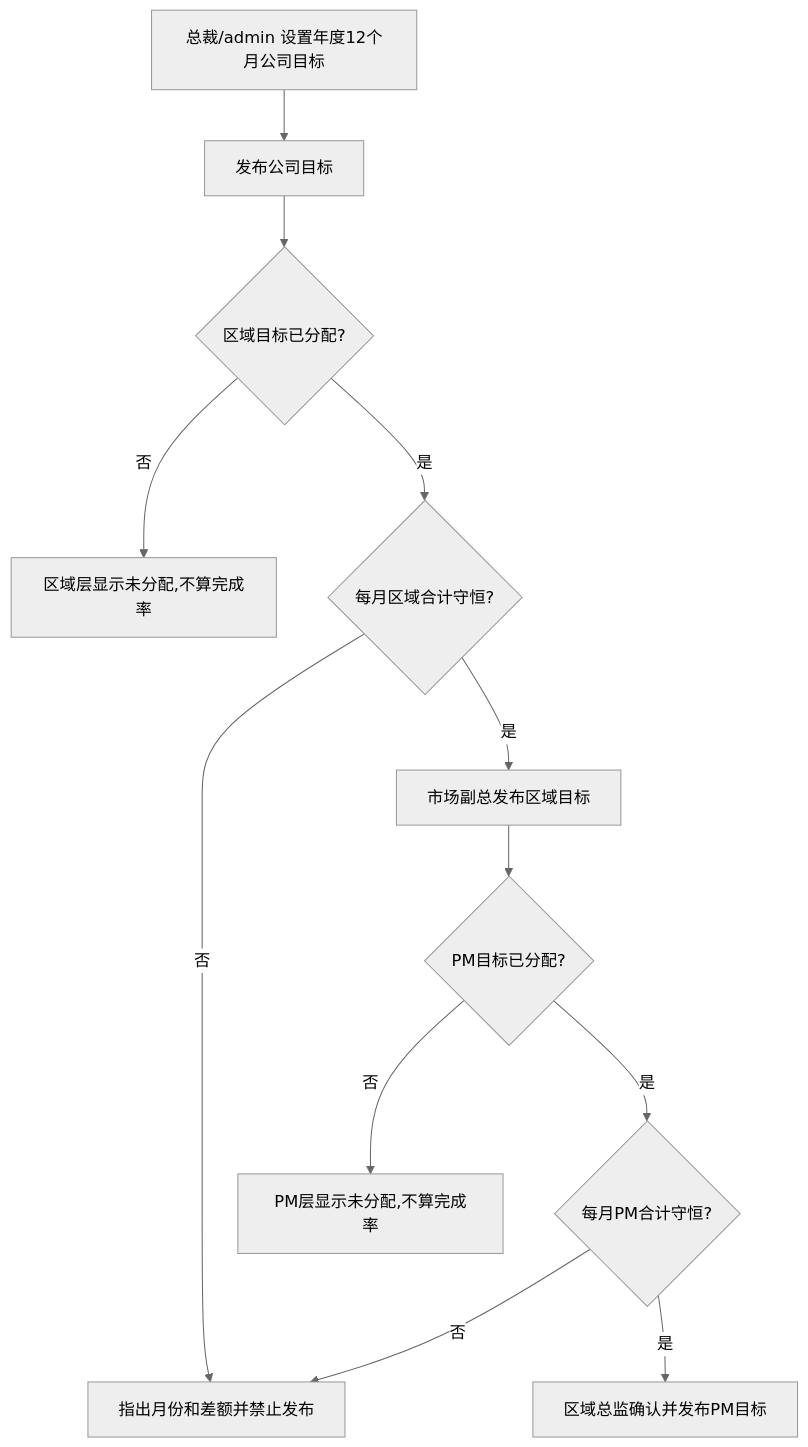
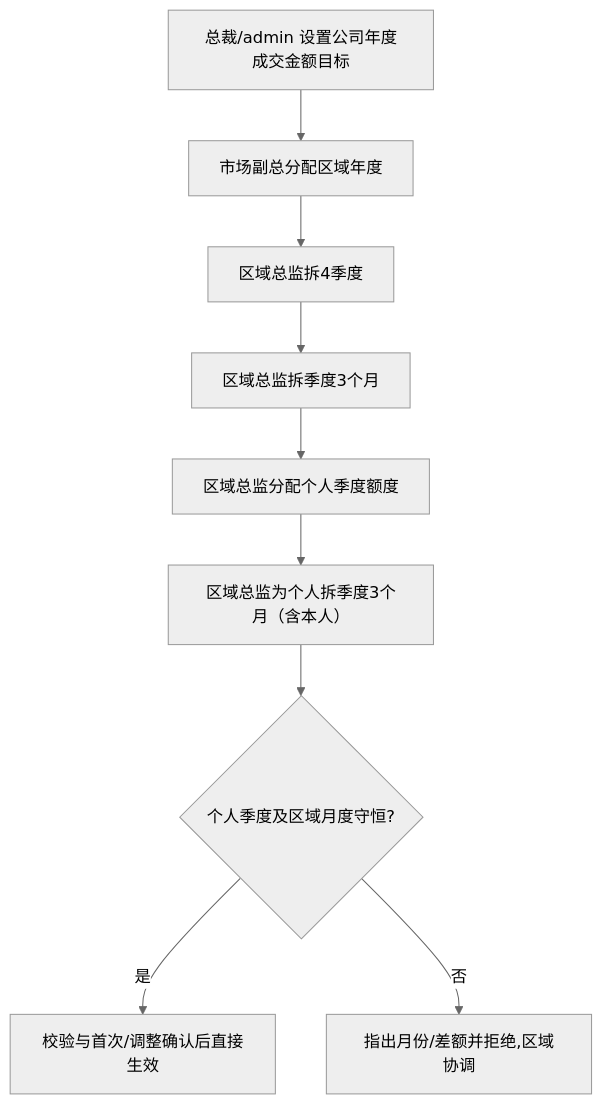
Before and after one commit to Joker-1030/Yingjia-Internal-Management-System: the first of 4 diagrams in prd-workspace/current/user-flows/FLOW-17-M12-sales-opportunity.md, drawn with Mermaid (neutral theme). The commit also changed other lines of this file and 50 other files, not shown here.

````diff
--- a/prd-workspace/current/user-flows/FLOW-17-M12-sales-opportunity.md
+++ b/prd-workspace/current/user-flows/FLOW-17-M12-sales-opportunity.md
@@ -9,14 +17,11 @@
 ```mermaid
 flowchart TD
-    A[总裁/admin 设置年度12个月公司目标] --> B[发布公司目标]
-    B --> C{区域目标已分配?}
-    C -- 否 --> D[区域层显示未分配,不算完成率]
-    C -- 是 --> E{每月区域合计守恒?}
-    E -- 否 --> F[指出月份和差额并禁止发布]
-    E -- 是 --> G[市场副总发布区域目标]
-    G --> H{PM目标已分配?}
-    H -- 否 --> I[PM层显示未分配,不算完成率]
-    H -- 是 --> J{每月PM合计守恒?}
-    J -- 否 --> F
-    J -- 是 --> K[区域总监确认并发布PM目标]
+    A[总裁/admin 设置公司年度成交金额目标] --> B[市场副总分配区域年度]
+    B --> C[区域总监拆4季度]
+    C --> D[区域总监拆季度3个月]
+    D --> E[区域总监分配个人季度额度]
+    E --> F[区域总监为个人拆季度3个月（含本人）]
+    F --> G{个人季度及区域月度守恒?}
+    G -- 是 --> H[校验与首次/调整确认后直接生效]
+    G -- 否 --> I[指出月份/差额并拒绝,区域协调]
 ```
````
